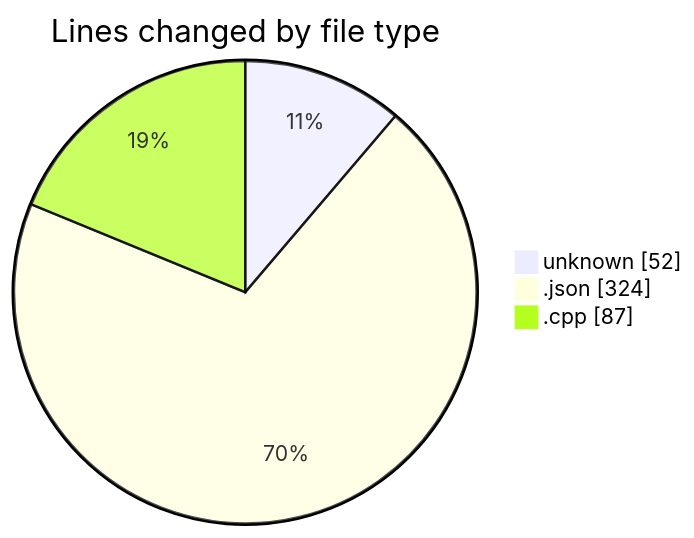
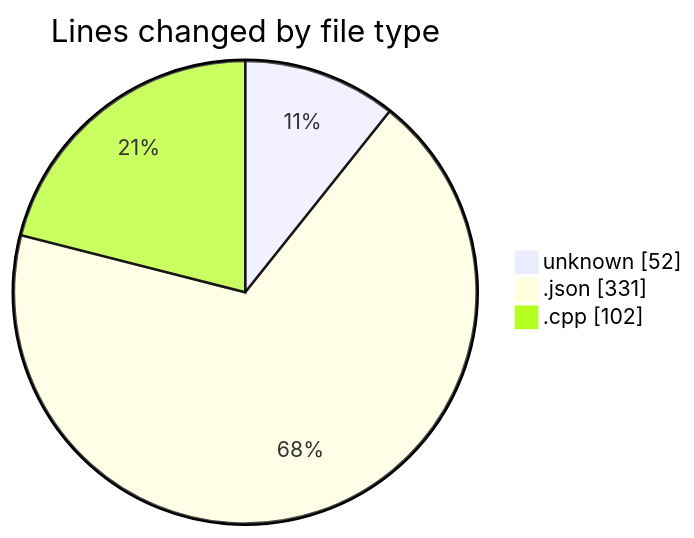
Before and after one commit to Netris89/code-tracking: the first of 2 diagrams in 2025-03-26/echo/README.md, drawn with Mermaid. The commit also changed other lines of this file and 1 other file, not shown here.

````diff
--- a/2025-03-26/echo/README.md
+++ b/2025-03-26/echo/README.md
@@ -24,7 +24,7 @@
 ```mermaid
 pie showData
 title Lines changed by file type
 "unknown" : 52
-".json" : 324
-".cpp" : 87
+".json" : 331
+".cpp" : 102
 ```
````
